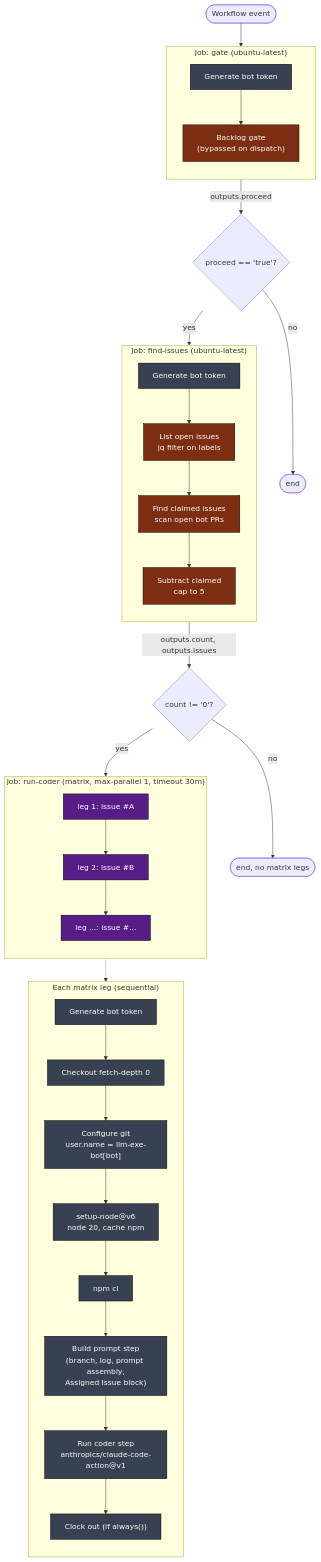
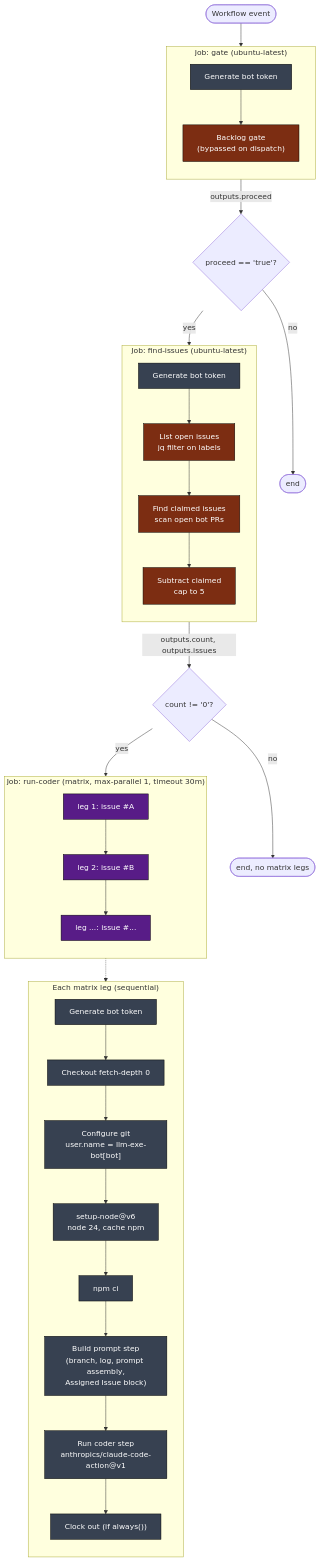
Before and after one commit to llm-exe/llm-exe: the third of 13 diagrams in .github/docs/CODER_RUN_DEEP_DIVE.md, drawn with Mermaid. The commit also changed other lines of this file and 6 other files, not shown here.

````diff
--- a/.github/docs/CODER_RUN_DEEP_DIVE.md
+++ b/.github/docs/CODER_RUN_DEEP_DIVE.md
@@ -147,57 +147,57 @@
 ```mermaid
 flowchart TB
     classDef job fill:#1e3a8a,color:#fff,stroke:#000
     classDef step fill:#374151,color:#fff,stroke:#000
     classDef gate fill:#7c2d12,color:#fff,stroke:#000
     classDef matrix fill:#581c87,color:#fff,stroke:#000
 
     start([Workflow event])
     start --> J1
 
     subgraph J1["Job: gate (ubuntu-latest)"]
         direction TB
         g1["Generate bot token"]:::step
         g2["Backlog gate\n(bypassed on dispatch)"]:::gate
         g1 --> g2
     end
 
     J1 -->|outputs.proceed| dec1{proceed == 'true'?}
     dec1 -->|no| stop1([end])
     dec1 -->|yes| J2
 
     subgraph J2["Job: find-issues (ubuntu-latest)"]
         direction TB
         f1["Generate bot token"]:::step
         f2["List open issues\njq filter on labels"]:::gate
         f3["Find claimed issues\nscan open bot PRs"]:::gate
         f4["Subtract claimed\ncap to 5"]:::gate
         f1 --> f2 --> f3 --> f4
     end
 
     J2 -->|outputs.count, outputs.issues| dec2{count != '0'?}
     dec2 -->|no| stop2([end, no matrix legs])
     dec2 -->|yes| J3
 
     subgraph J3["Job: run-coder (matrix, max-parallel 1, timeout 30m)"]
         direction TB
         m1["leg 1: issue #A"]:::matrix
         m2["leg 2: issue #B"]:::matrix
         m3["leg ...: issue #..."]:::matrix
         m1 --> m2 --> m3
     end
 
     subgraph LEG["Each matrix leg (sequential)"]
         direction TB
         r1["Generate bot token"]:::step
         r2["Checkout fetch-depth 0"]:::step
         r3["Configure git\nuser.name = llm-exe-bot[bot]"]:::step
-        r4["setup-node@v6\nnode 20, cache npm"]:::step
+        r4["setup-node@v6\nnode 24, cache npm"]:::step
         r5["npm ci"]:::step
         r6["Build prompt step\n(branch, log, prompt assembly,\nAssigned Issue block)"]:::step
         r7["Run coder step\nanthropics/claude-code-action@v1"]:::step
         r8["Clock out (if always())"]:::step
         r1 --> r2 --> r3 --> r4 --> r5 --> r6 --> r7 --> r8
     end
 
     m1 -.-> LEG
 ```
````
